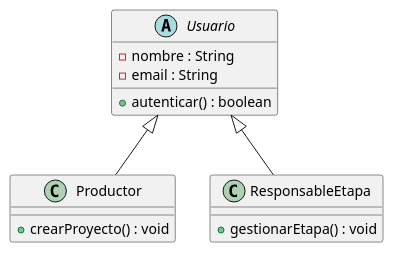
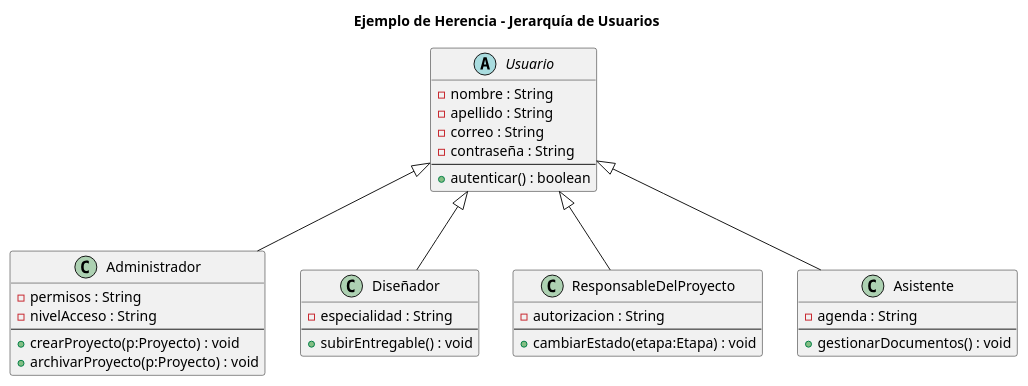
Before and after one commit to GonzaloBarbano/SistemaProductoraVideos: the diagram in diagramas/01-diagrama-clases/Ejemplo-de-Herencia(Santiago-Samitier).puml, drawn with PlantUML. The commit also changed 17 other files, not shown here.

```diff
--- a/diagramas/01-diagrama-clases/Ejemplo-de-Herencia(Santiago-Samitier).puml
+++ b/diagramas/01-diagrama-clases/Ejemplo-de-Herencia(Santiago-Samitier).puml
@@ -1,18 +1,44 @@
 @startuml
+title Ejemplo de Herencia - Jerarquía de Usuarios
+
 abstract class Usuario {
-  - nombre : String
-  - email : String
-  + autenticar() : boolean
+    - nombre : String
+    - apellido : String
+    - correo : String
+    - contraseña : String
+    --
+    + autenticar() : boolean
 }
 
-class Productor {
-  + crearProyecto() : void
+class Administrador {
+    - permisos : String
+    - nivelAcceso : String
+    --
+    + crearProyecto(p:Proyecto) : void
+    + archivarProyecto(p:Proyecto) : void
 }
 
-class ResponsableEtapa {
-  + gestionarEtapa() : void
+class Diseñador {
+    - especialidad : String
+    --
+    + subirEntregable() : void
 }
 
-Usuario <|-- Productor
-Usuario <|-- ResponsableEtapa
+class ResponsableDelProyecto {
+    - autorizacion : String
+    --
+    + cambiarEstado(etapa:Etapa) : void
+}
+
+class Asistente {
+    - agenda : String
+    --
+    + gestionarDocumentos() : void
+}
+
+Usuario <|-- Administrador
+Usuario <|-- Diseñador
+Usuario <|-- ResponsableDelProyecto
+Usuario <|-- Asistente
+
 @enduml
```
